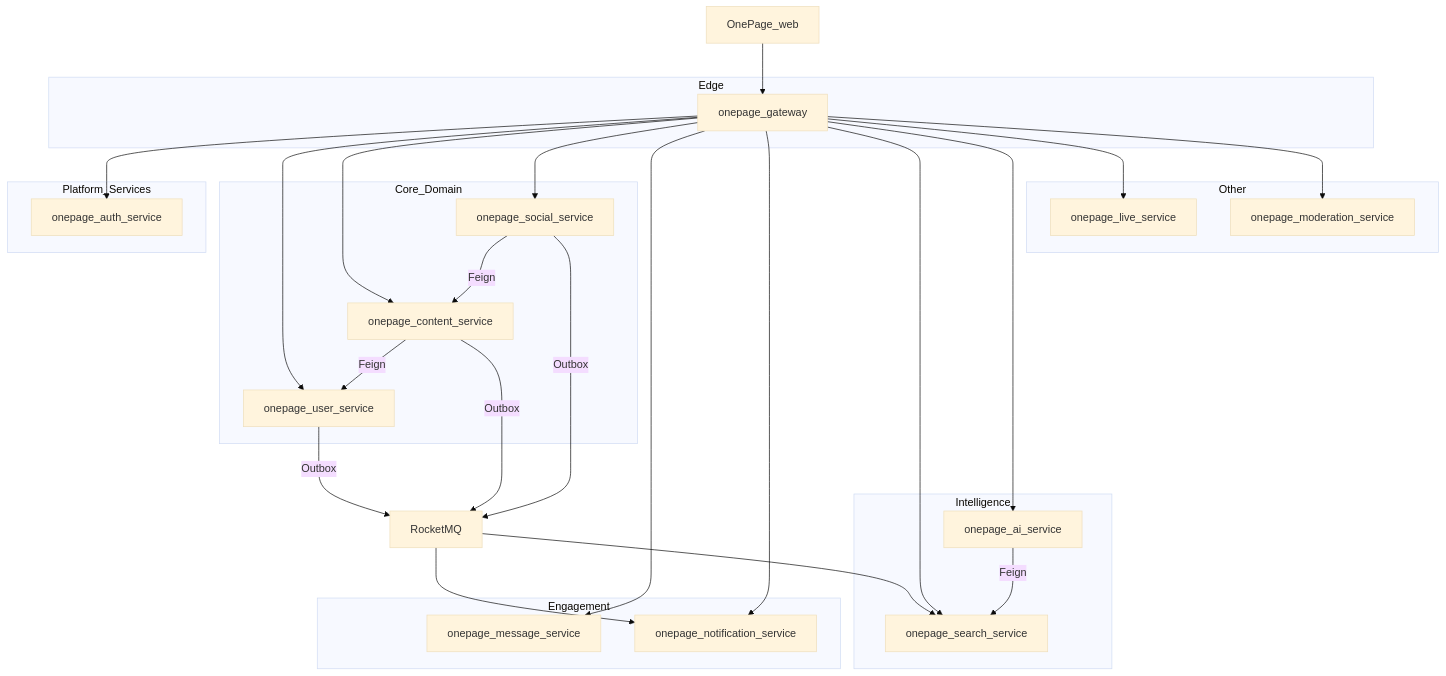
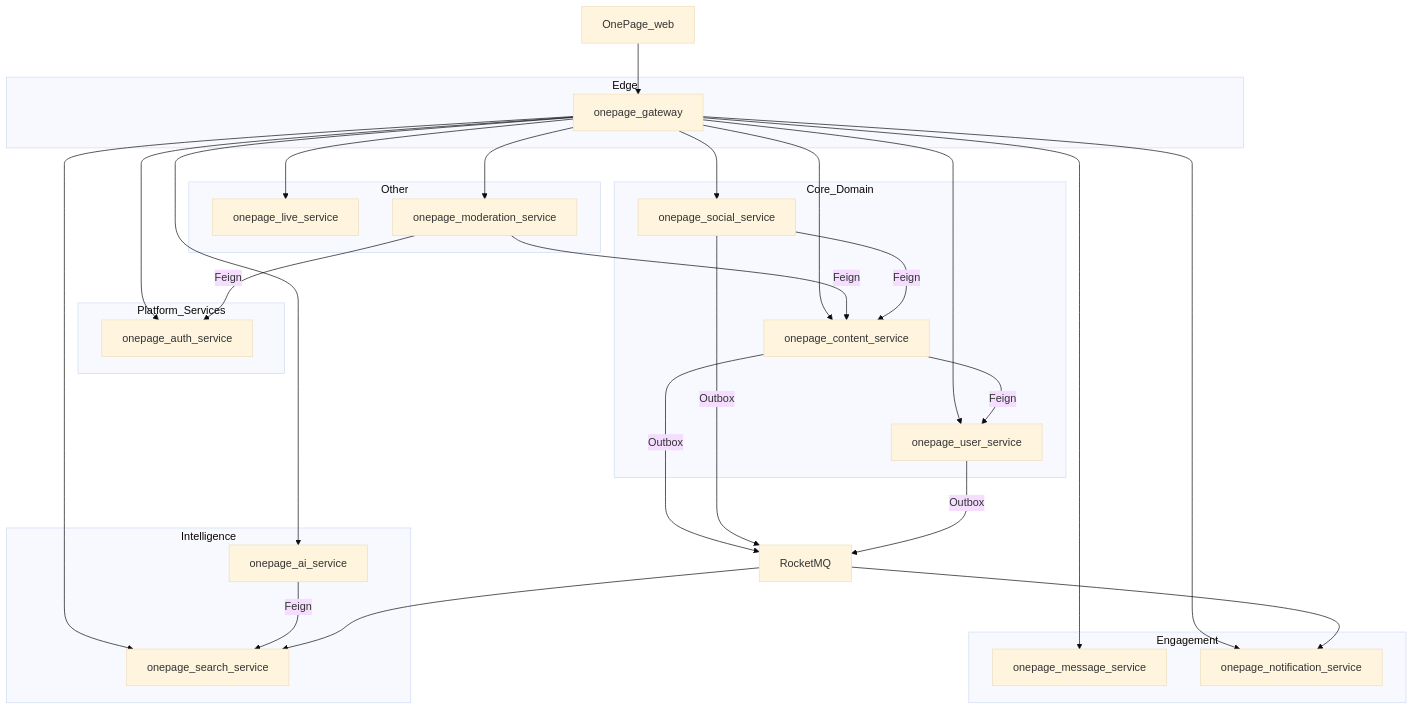
Before and after one commit to Yangleduo00337788/OnePage: the second of 13 diagrams in agi-work-space/src/content/engineering/tech/diagrams.md, drawn with Mermaid (base theme). The commit also changed other lines of this file and 75 other files, not shown here.

````diff
--- a/agi-work-space/src/content/engineering/tech/diagrams.md
+++ b/agi-work-space/src/content/engineering/tech/diagrams.md
@@ -52,45 +52,47 @@
 ```mermaid
 flowchart TB
   subgraph edge [Edge]
     GW[onepage_gateway]
   end
   subgraph platform [Platform_Services]
     Auth[onepage_auth_service]
   end
   subgraph core [Core_Domain]
     User[onepage_user_service]
     Content[onepage_content_service]
     Social[onepage_social_service]
   end
   subgraph engagement [Engagement]
     Msg[onepage_message_service]
     Notify[onepage_notification_service]
   end
   subgraph intelligence [Intelligence]
     Search[onepage_search_service]
     AI[onepage_ai_service]
   end
   subgraph other [Other]
     Live[onepage_live_service]
     Mod[onepage_moderation_service]
   end
   Browser[OnePage_web] --> GW
   GW --> Auth
   GW --> User
   GW --> Content
   GW --> Social
   GW --> Msg
   GW --> Notify
   GW --> Search
   GW --> AI
   GW --> Live
   GW --> Mod
   Content -->|Feign| User
+  Mod -->|Feign| Content
+  Mod -->|Feign| Auth
   Social -->|Feign| Content
   AI -->|Feign| Search
   Content -->|Outbox| RMQ[RocketMQ]
   Social -->|Outbox| RMQ
   User -->|Outbox| RMQ
   RMQ --> Search
   RMQ --> Notify
 ```
````
